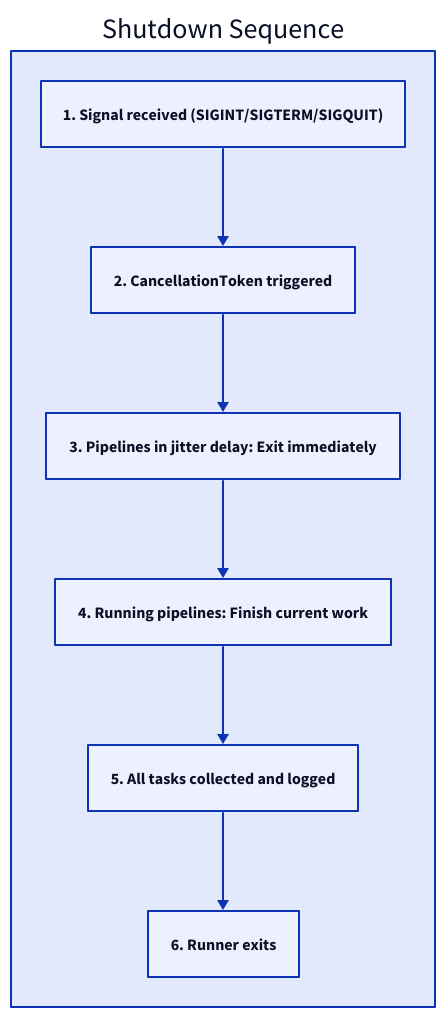
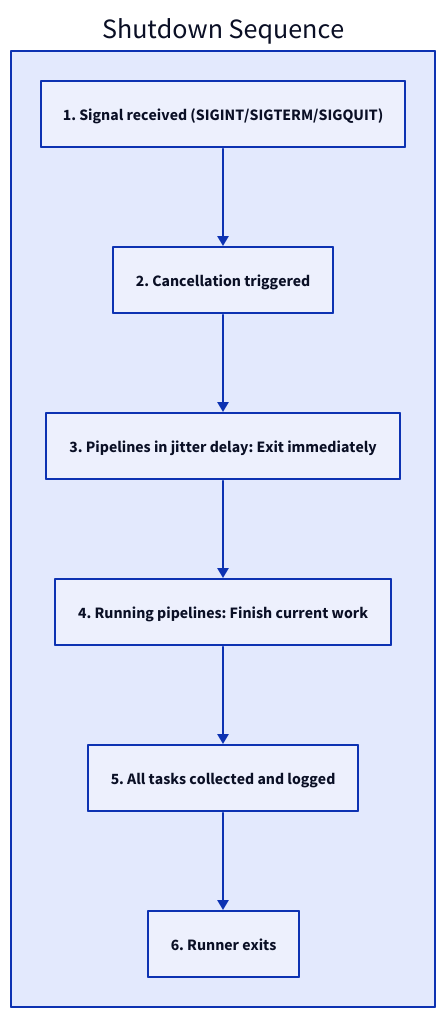
The third of 3 diagrams in website/src/content/docs/concepts/topology.md (benjamin-awd/blizzard), drawn with D2 before and after one commit. The commit also changed other lines of this file and 3 other files, not shown here.

````diff
--- a/website/src/content/docs/concepts/topology.md
+++ b/website/src/content/docs/concepts/topology.md
@@ -197,13 +83,13 @@
 ```d2
 direction: down
 Shutdown Sequence: {
   step1: "1. Signal received (SIGINT/SIGTERM/SIGQUIT)"
-  step2: "2. CancellationToken triggered"
+  step2: "2. Cancellation triggered"
   step3: "3. Pipelines in jitter delay: Exit immediately"
   step4: "4. Running pipelines: Finish current work"
   step5: "5. All tasks collected and logged"
   step6: "6. Runner exits"
 
   step1 -> step2 -> step3 -> step4 -> step5 -> step6
 }
 ```
````
